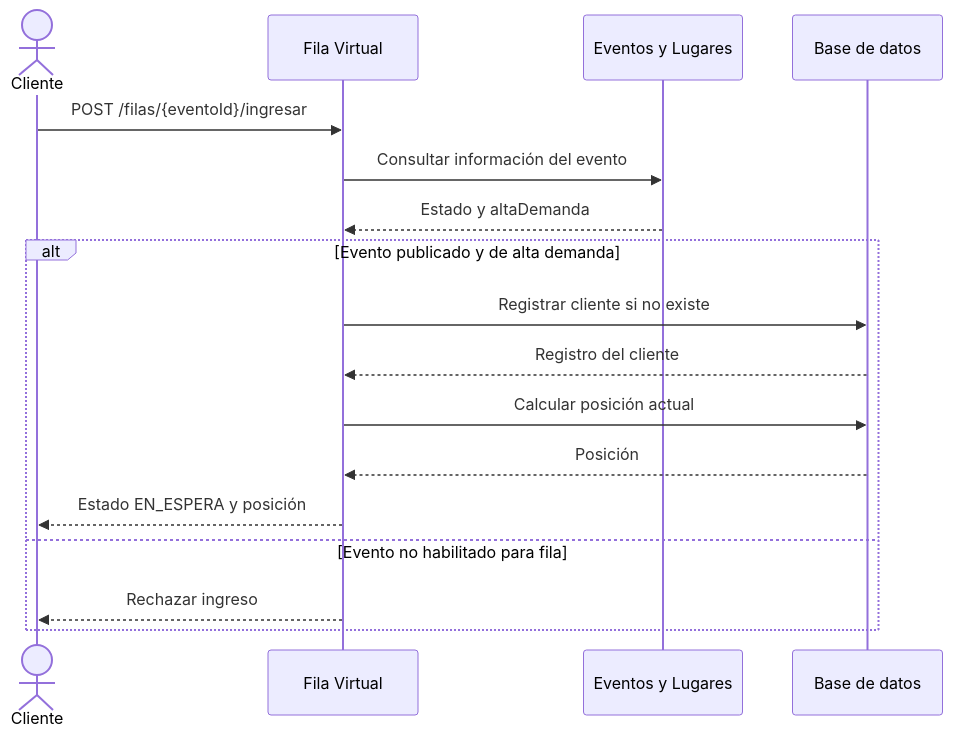
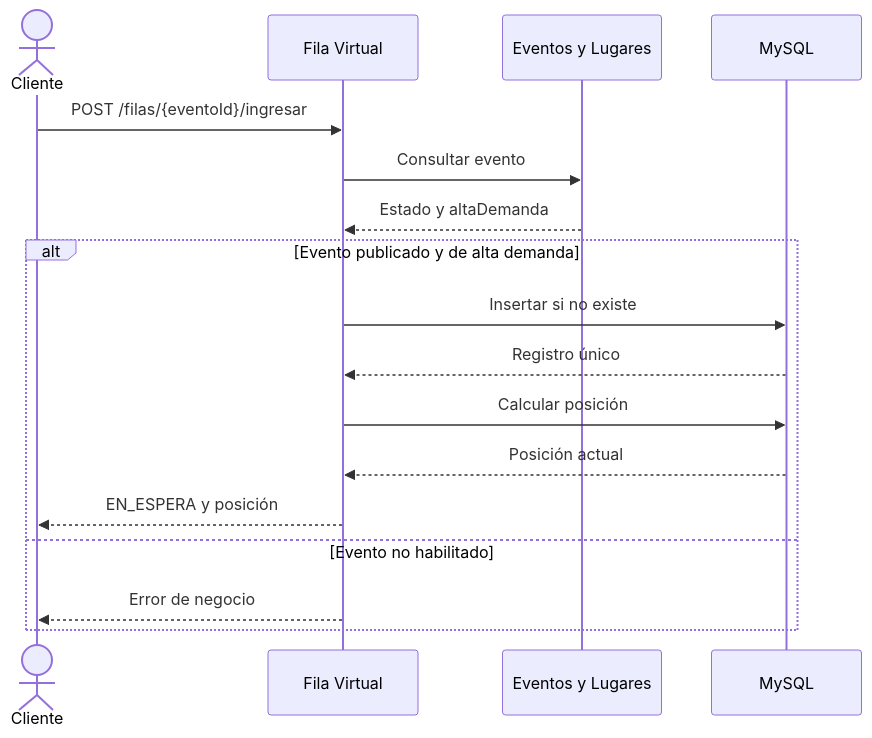
One commit to LuliDiNucci/arquitecturasGrupo12 changed the second of 5 diagrams in TPE-micro2/msvc-fila-virtual/docs/02-ARQUITECTURA-Y-DIAGRAMAS.md. Above: the diagram before and after it, drawn with Mermaid. The commit also changed other lines of this file and 53 other files, not shown here.

````diff
--- a/TPE-micro2/msvc-fila-virtual/docs/02-ARQUITECTURA-Y-DIAGRAMAS.md
+++ b/TPE-micro2/msvc-fila-virtual/docs/02-ARQUITECTURA-Y-DIAGRAMAS.md
@@ -95,21 +107,21 @@
 ```mermaid
 sequenceDiagram
     actor Cliente
     participant FV as Fila Virtual
     participant EV as Eventos y Lugares
-    participant DB as Base de datos
+    participant DB as MySQL
 
     Cliente->>FV: POST /filas/{eventoId}/ingresar
-    FV->>EV: Consultar información del evento
+    FV->>EV: Consultar evento
     EV-->>FV: Estado y altaDemanda
 
     alt Evento publicado y de alta demanda
-        FV->>DB: Registrar cliente si no existe
-        DB-->>FV: Registro del cliente
-        FV->>DB: Calcular posición actual
-        DB-->>FV: Posición
-        FV-->>Cliente: Estado EN_ESPERA y posición
-    else Evento no habilitado para fila
-        FV-->>Cliente: Rechazar ingreso
+        FV->>DB: Insertar si no existe
+        DB-->>FV: Registro único
+        FV->>DB: Calcular posición
+        DB-->>FV: Posición actual
+        FV-->>Cliente: EN_ESPERA y posición
+    else Evento no habilitado
+        FV-->>Cliente: Error de negocio
     end
 ```
````
